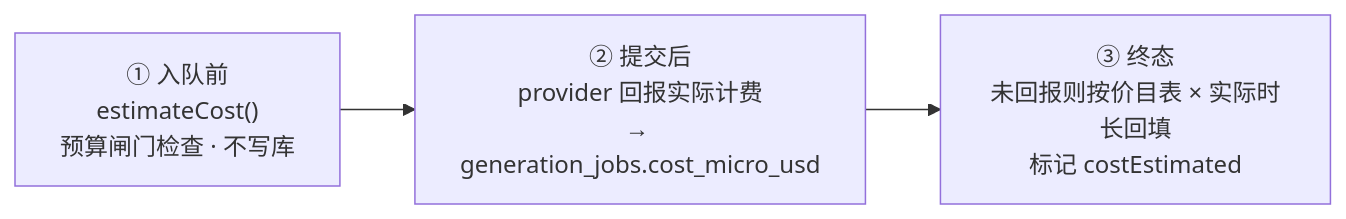
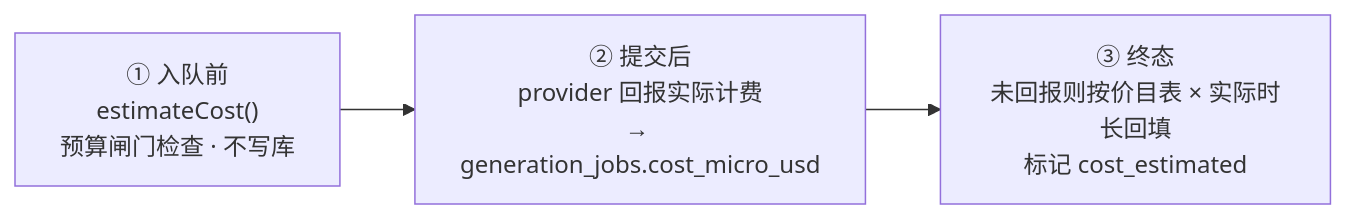
One commit to JasonZQH/AI-Drama-NA changed the third of 3 diagrams in docs/_src/05-job-orchestration.md. Above: the diagram before and after it, drawn with Mermaid. The commit also changed other lines of this file and 15 other files, not shown here.

````diff
--- a/docs/_src/05-job-orchestration.md
+++ b/docs/_src/05-job-orchestration.md
@@ -149,7 +149,7 @@
 ```mermaid
 flowchart LR
     A["① 入队前<br/>estimateCost()<br/>预算闸门检查 · 不写库"]
     B["② 提交后<br/>provider 回报实际计费<br/>→ generation_jobs.cost_micro_usd"]
-    C["③ 终态<br/>未回报则按价目表 × 实际时长回填<br/>标记 costEstimated"]
+    C["③ 终态<br/>未回报则按价目表 × 实际时长回填<br/>标记 cost_estimated"]
     A --> B --> C
 ```
````
